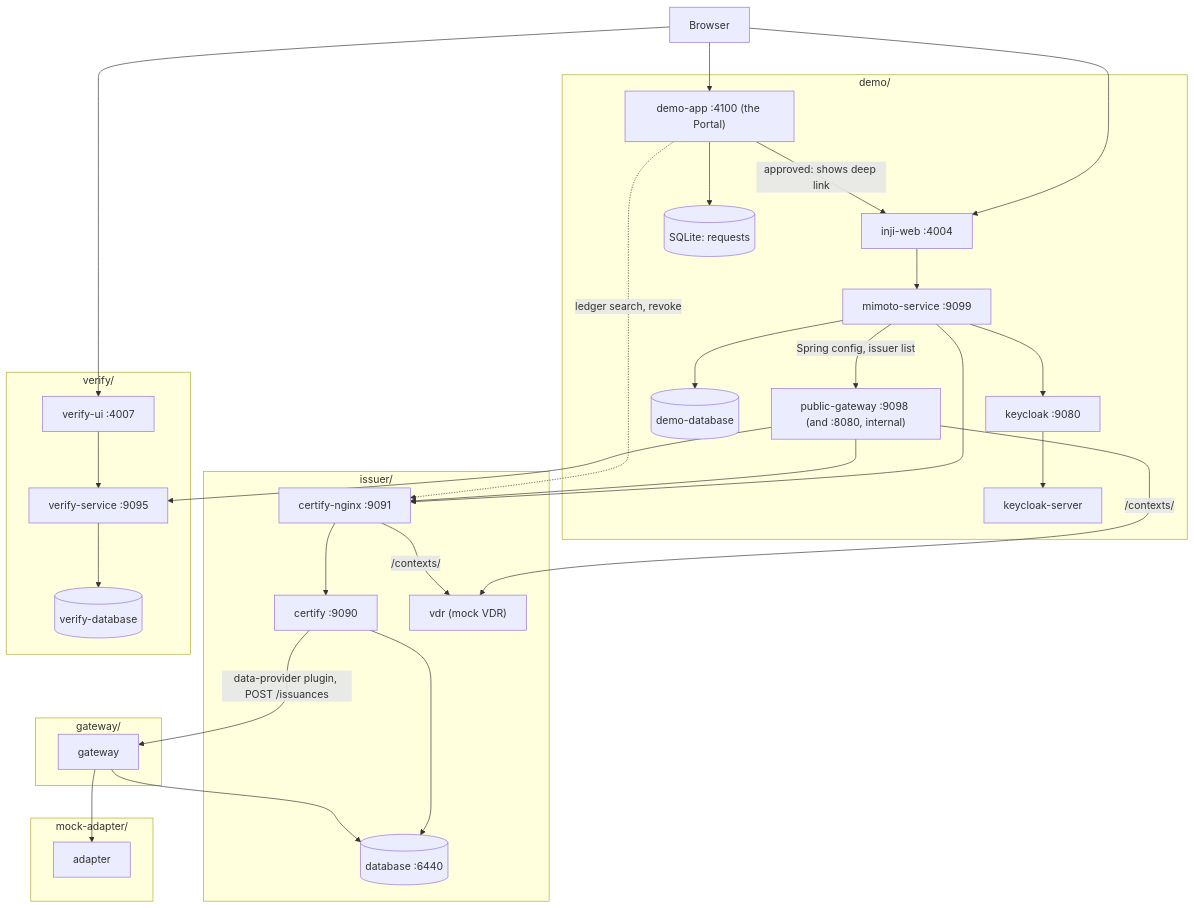
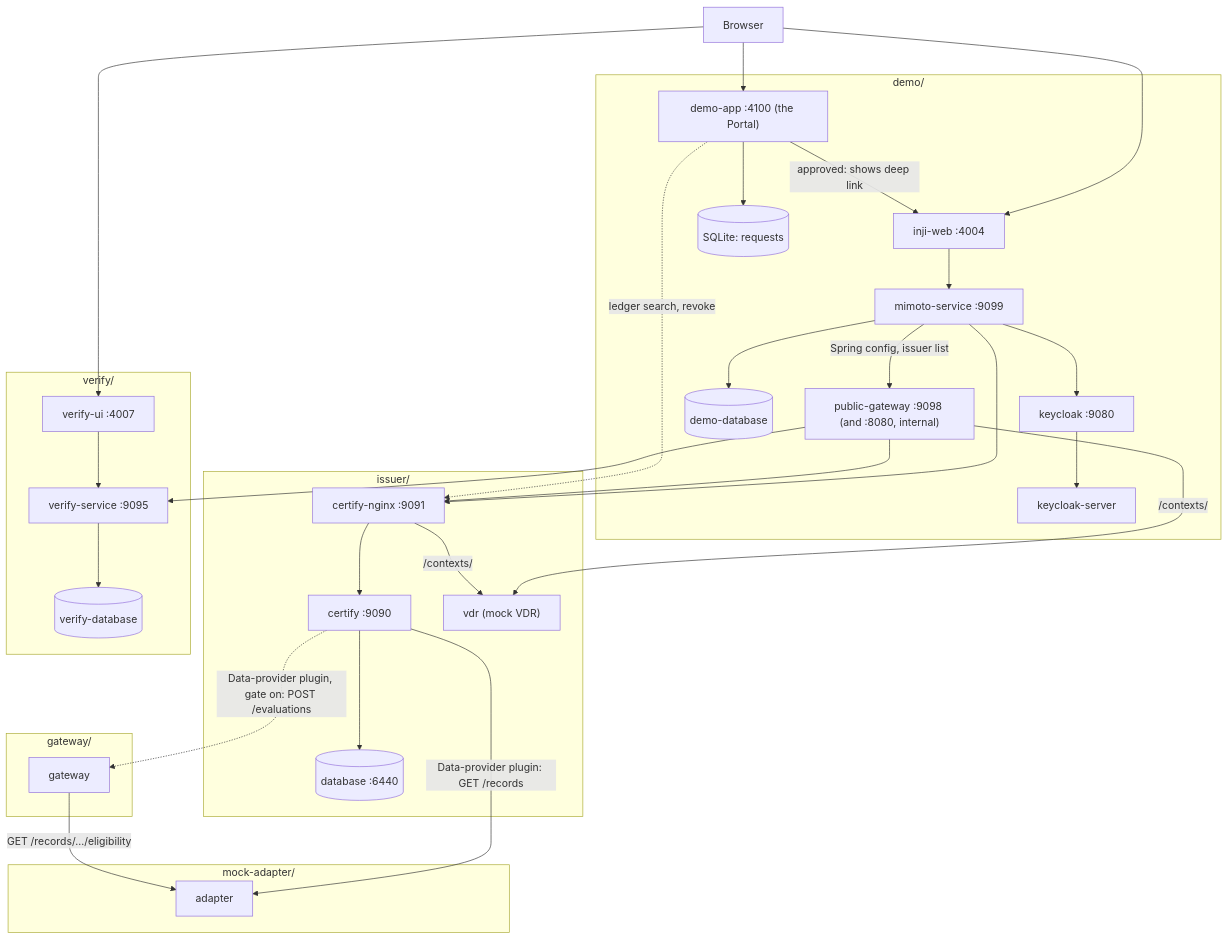
The diagram in wiki/architecture/vc-stack.md (mosip-asia/ait-transcript), drawn with Mermaid before and after one commit. The commit also changed other lines of this file and 17 other files, not shown here.

````diff
--- a/wiki/architecture/vc-stack.md
+++ b/wiki/architecture/vc-stack.md
@@ -14,43 +14,43 @@
 ```mermaid
 flowchart TD
   Browser["Browser"] --> DemoApp
   Browser --> Web
   Browser --> VerifyUI
 
   subgraph demo["demo/"]
     DemoApp["demo-app :4100 (the Portal)"] -->|approved: shows deep link| Web["inji-web :4004"]
     Web --> Mimoto["mimoto-service :9099"]
     Mimoto --> KeycloakNginx["keycloak :9080"] --> Keycloak["keycloak-server"]
     Mimoto --> DemoDB[("demo-database")]
     Mimoto -->|Spring config, issuer list| PublicGateway["public-gateway :9098 (and :8080, internal)"]
     DemoApp --> SQLite[("SQLite: requests")]
   end
 
   subgraph issuer["issuer/"]
     CertifyNginx["certify-nginx :9091"] --> Certify["certify :9090"]
     Certify --> DB[("database :6440")]
     VDR["vdr (mock VDR)"]
   end
 
   subgraph gateway["gateway/"]
     Gateway["gateway"]
   end
 
   subgraph mockadapter["mock-adapter/"]
     Adapter["adapter"]
   end
 
   subgraph verify["verify/"]
     VerifyUI["verify-ui :4007"] --> VerifyAPI["verify-service :9095"] --> VerifyDB[("verify-database")]
   end
 
   Mimoto --> CertifyNginx
-  Certify -->|"data-provider plugin, POST /issuances"| Gateway
-  Gateway --> DB
-  Gateway --> Adapter
+  Certify -->|"Data-provider plugin: GET /records"| Adapter
+  Certify -.->|"Data-provider plugin, gate on: POST /evaluations"| Gateway
+  Gateway -->|"GET /records/.../eligibility"| Adapter
   PublicGateway -->|/contexts/| VDR
   CertifyNginx -->|/contexts/| VDR
   PublicGateway --> CertifyNginx
   PublicGateway --> VerifyAPI
   DemoApp -.->|ledger search, revoke| CertifyNginx
 ```
````
